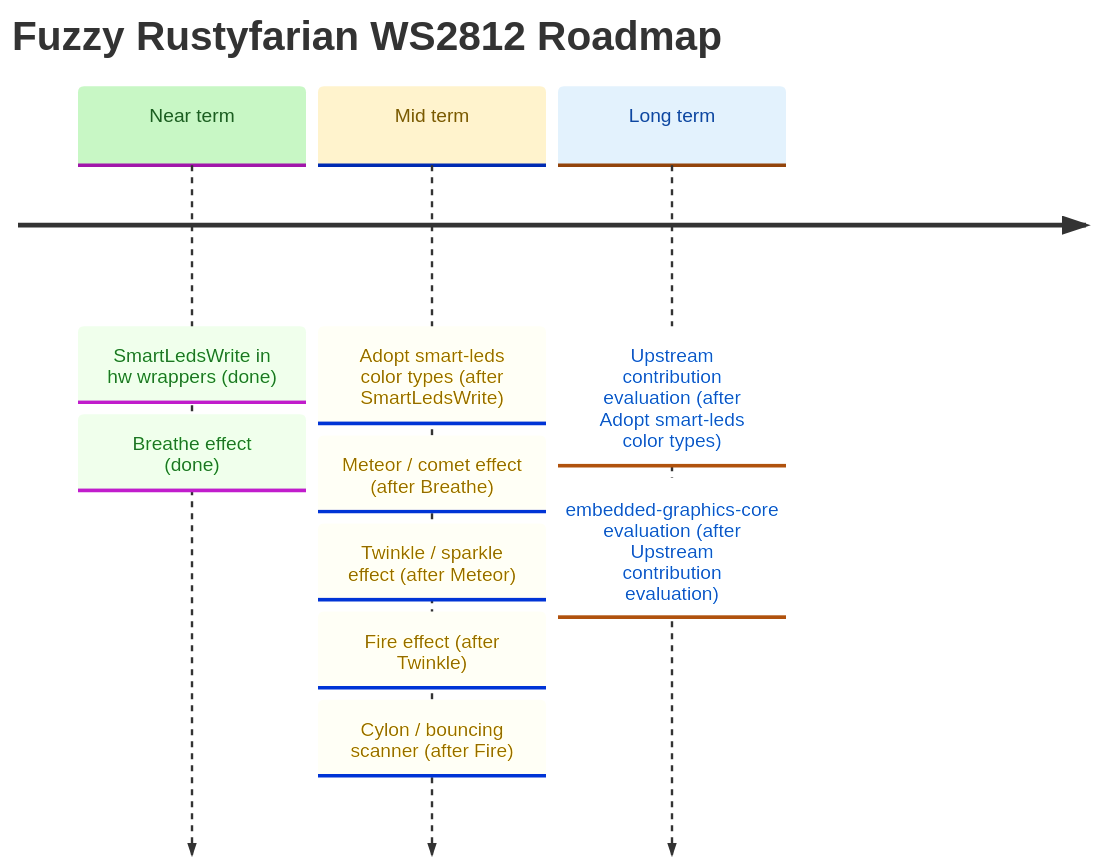
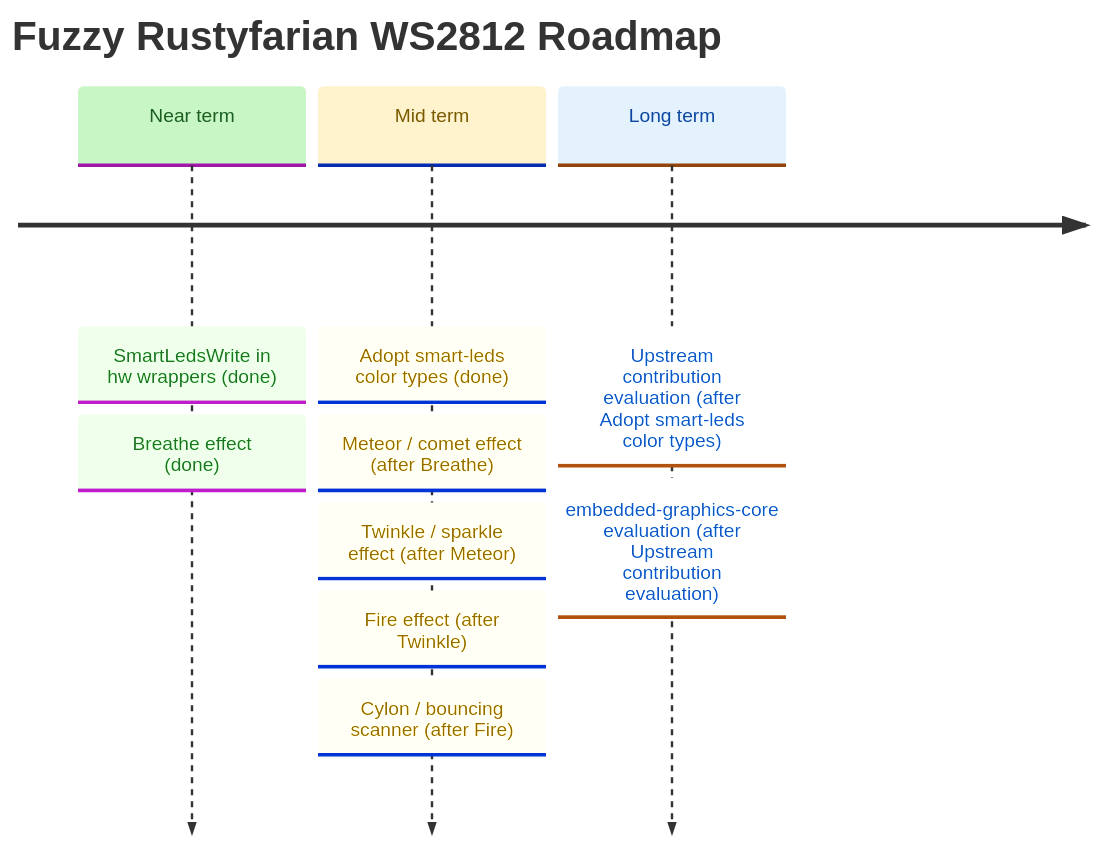
Before and after one commit to datenkollektiv/rustyfarian-ws2812: the diagram in docs/ROADMAP.md, drawn with Mermaid. The commit also changed other lines of this file, not shown here.

Commit message:
Revisit roadmap

````diff
--- a/docs/ROADMAP.md
+++ b/docs/ROADMAP.md
@@ -10,28 +10,28 @@
 ```mermaid
 %%{init: {
   "theme": "base",
   "themeVariables": {
     "cScale0": "#c8f7c5",
     "cScaleLabel0": "#1b5e20",
     "cScale1": "#fff3cd",
     "cScaleLabel1": "#7a5a00",
     "cScale2": "#e3f2fd",
     "cScaleLabel2": "#0d47a1"
   }
 }}%%
 
 timeline
     title Fuzzy Rustyfarian WS2812 Roadmap
 
     Near term : SmartLedsWrite in hw wrappers (done)
               : Breathe effect (done)
 
-    Mid term  : Adopt smart-leds color types (after SmartLedsWrite)
+    Mid term  : Adopt smart-leds color types (done)
               : Meteor / comet effect (after Breathe)
               : Twinkle / sparkle effect (after Meteor)
               : Fire effect (after Twinkle)
               : Cylon / bouncing scanner (after Fire)
 
     Long term : Upstream contribution evaluation (after Adopt smart-leds color types)
               : embedded-graphics-core evaluation (after Upstream contribution evaluation)
 ```
````
